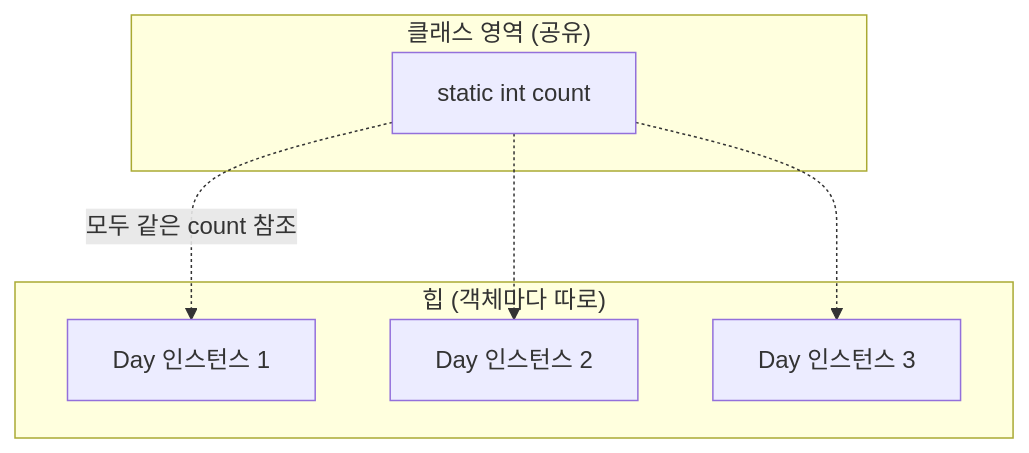
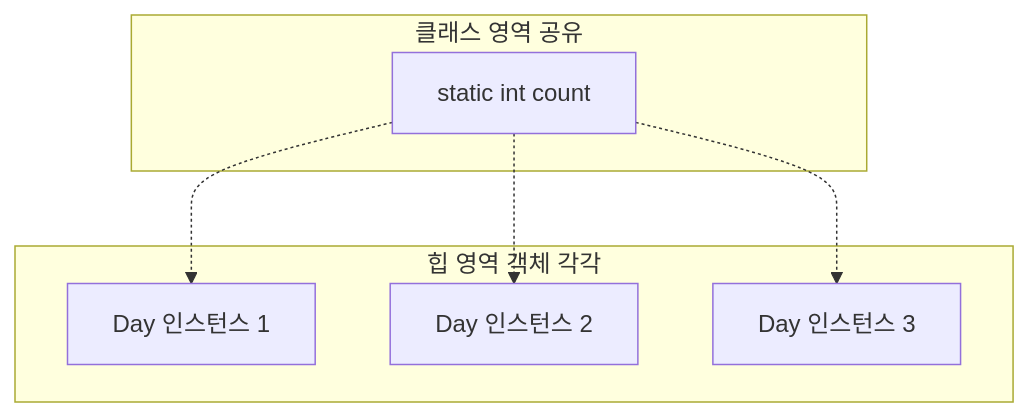
Before and after one commit to metaapple/kb7-java: the fourth of 4 diagrams in day5-static/README.md, drawn with Mermaid. The commit also changed other lines of this file, not shown here.

````diff
--- a/day5-static/README.md
+++ b/day5-static/README.md
@@ -408,14 +408,14 @@
 ```mermaid
 flowchart TB
-    subgraph class_area["클래스 영역 (공유)"]
+    subgraph CA["클래스 영역 공유"]
         C["static int count"]
     end
-    subgraph heap["힙 (객체마다 따로)"]
+    subgraph HP["힙 영역 객체 각각"]
         D1["Day 인스턴스 1"]
         D2["Day 인스턴스 2"]
         D3["Day 인스턴스 3"]
     end
-    C -.->|"모두 같은 count 참조"| D1
+    C -.-> D1
     C -.-> D2
     C -.-> D3
 ```
````
